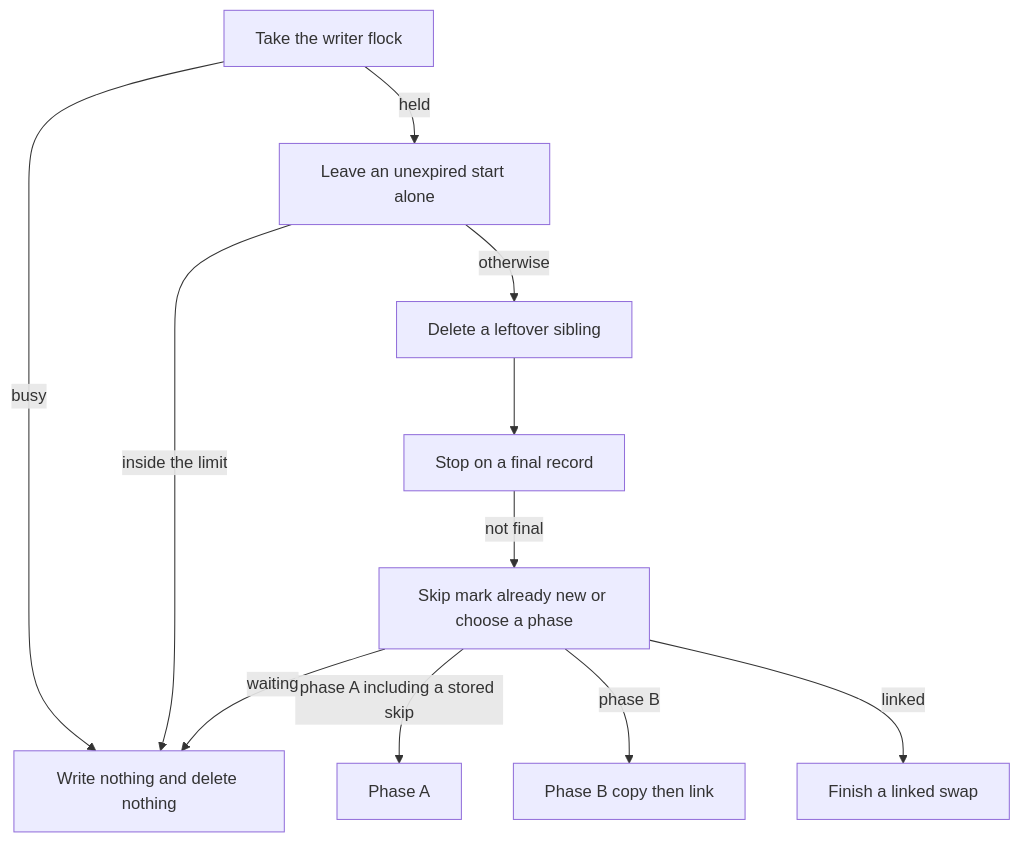
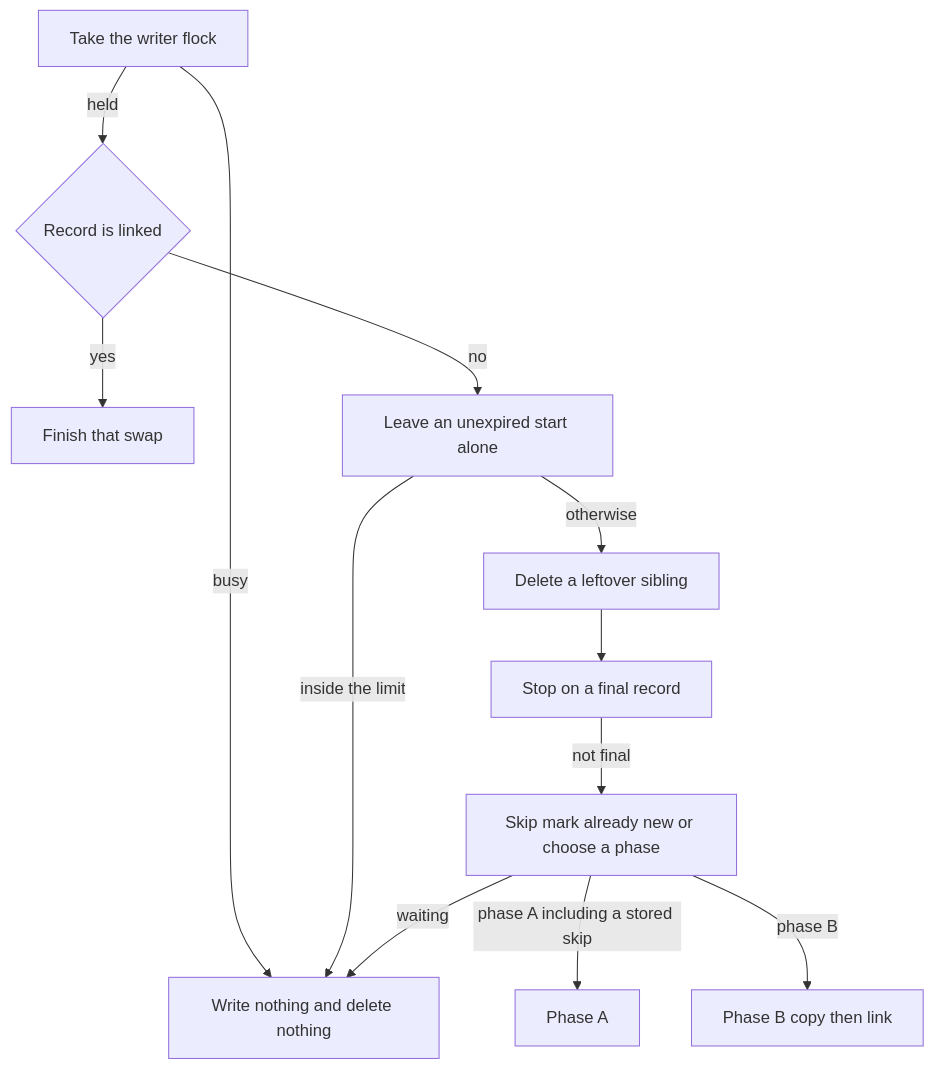
Before and after one commit to Texarkanine/stockroom: the diagram in memory-bank/active/tasks.md, drawn with Mermaid. The commit also changed other lines of this file and 9 other files, not shown here.

````diff
--- a/memory-bank/active/tasks.md
+++ b/memory-bank/active/tasks.md
@@ -15,22 +15,24 @@
 ```mermaid
 flowchart TD
   take[Take the writer flock]
   quiet[Write nothing and delete nothing]
+  linked{Record is linked}
+  finish[Finish that swap]
   keep[Leave an unexpired start alone]
   sweep[Delete a leftover sibling]
   stop[Stop on a final record]
   choose[Skip mark already new or choose a phase]
   rehearse[Phase A]
   swap[Phase B copy then link]
-  finish[Finish a linked swap]
   take -->|busy| quiet
-  take -->|held| keep
+  take -->|held| linked
+  linked -->|yes| finish
+  linked -->|no| keep
   keep -->|inside the limit| quiet
   keep -->|otherwise| sweep
   sweep --> stop
   stop -->|not final| choose
   choose -->|phase A including a stored skip| rehearse
   choose -->|phase B| swap
   choose -->|waiting| quiet
-  choose -->|linked| finish
 ```
````
